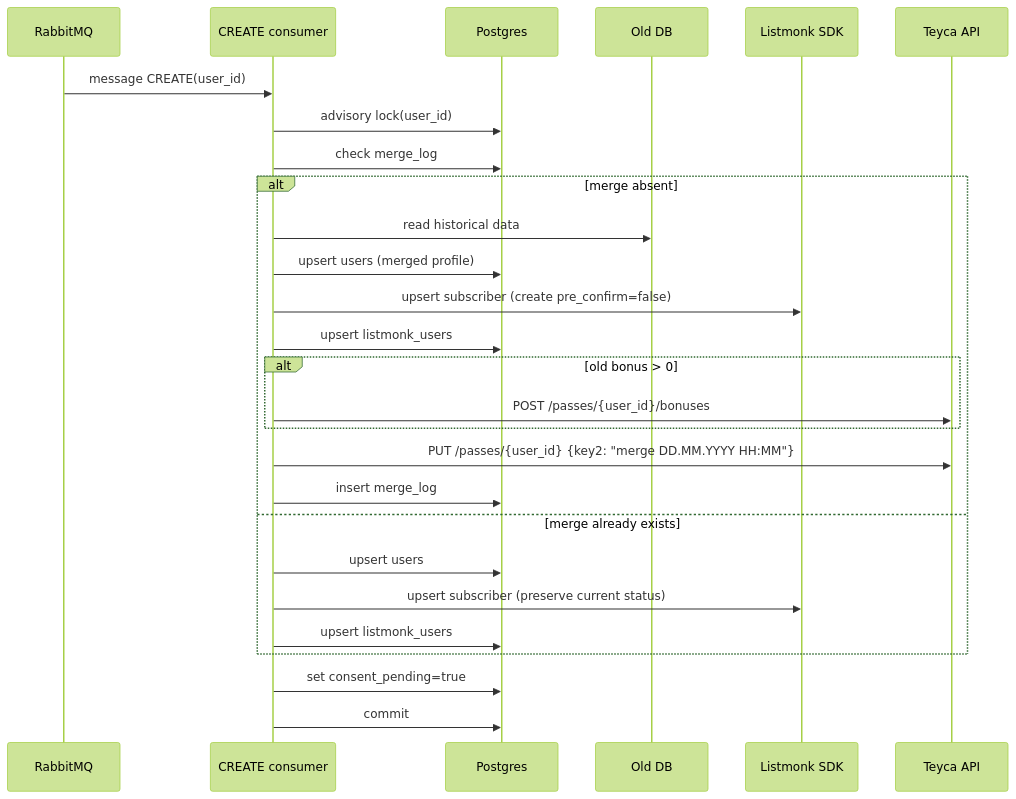
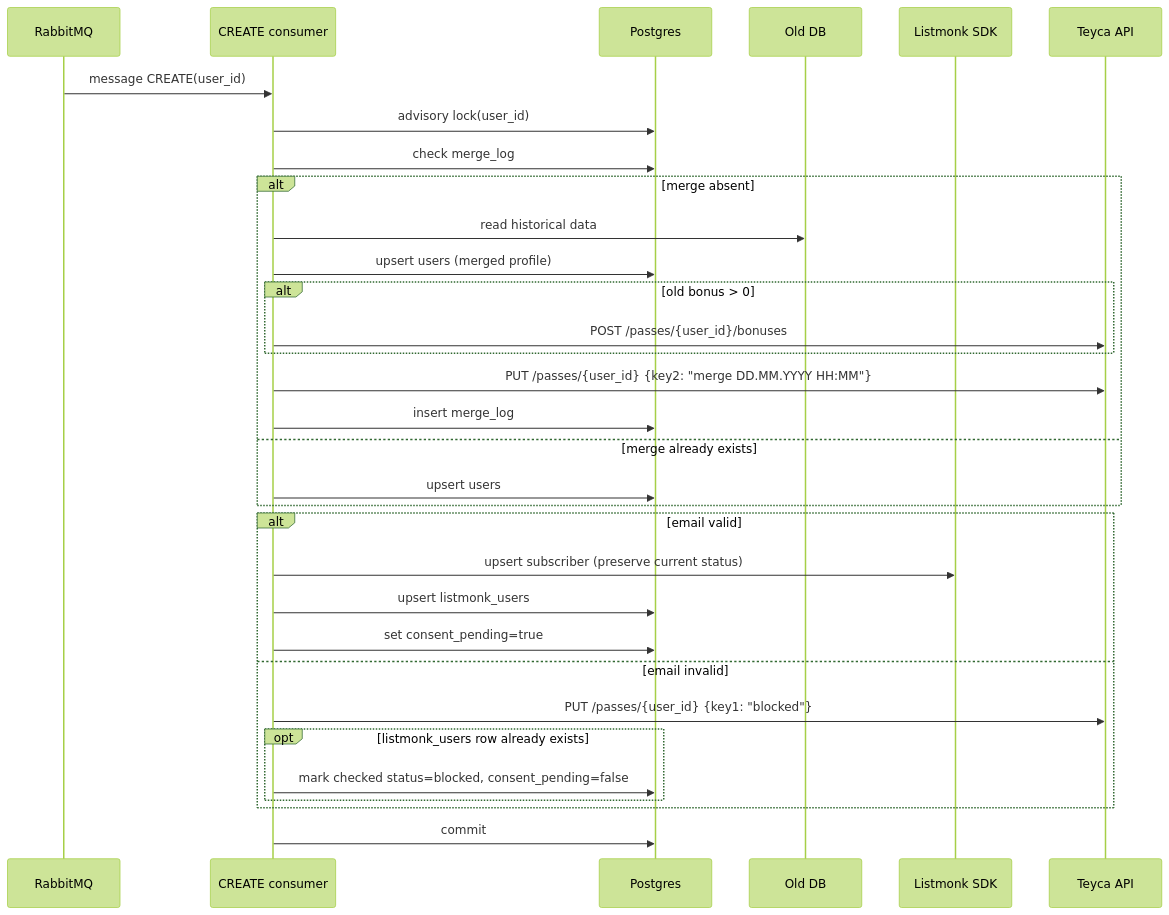
Before and after one commit to Nikita-Silent/teyca-sync: the second of 6 diagrams in docs/current-runtime-flow.md, drawn with Mermaid (forest theme). The commit also changed other lines of this file and 25 other files, not shown here.

````diff
--- a/docs/current-runtime-flow.md
+++ b/docs/current-runtime-flow.md
@@ -44,30 +44,35 @@
 ```mermaid
 sequenceDiagram
     participant RMQ as RabbitMQ
     participant C as CREATE consumer
     participant DB as Postgres
     participant ODB as Old DB
     participant LM as Listmonk SDK
     participant TY as Teyca API
 
     RMQ->>C: message CREATE(user_id)
     C->>DB: advisory lock(user_id)
     C->>DB: check merge_log
     alt merge absent
         C->>ODB: read historical data
         C->>DB: upsert users (merged profile)
-        C->>LM: upsert subscriber (create pre_confirm=false)
-        C->>DB: upsert listmonk_users
         alt old bonus > 0
             C->>TY: POST /passes/{user_id}/bonuses
         end
         C->>TY: PUT /passes/{user_id} {key2: "merge DD.MM.YYYY HH:MM"}
         C->>DB: insert merge_log
     else merge already exists
         C->>DB: upsert users
+    end
+    alt email valid
         C->>LM: upsert subscriber (preserve current status)
         C->>DB: upsert listmonk_users
+        C->>DB: set consent_pending=true
+    else email invalid
+        C->>TY: PUT /passes/{user_id} {key1: "blocked"}
+        opt listmonk_users row already exists
+            C->>DB: mark checked status=blocked, consent_pending=false
+        end
     end
-    C->>DB: set consent_pending=true
     C->>DB: commit
 ```
````
